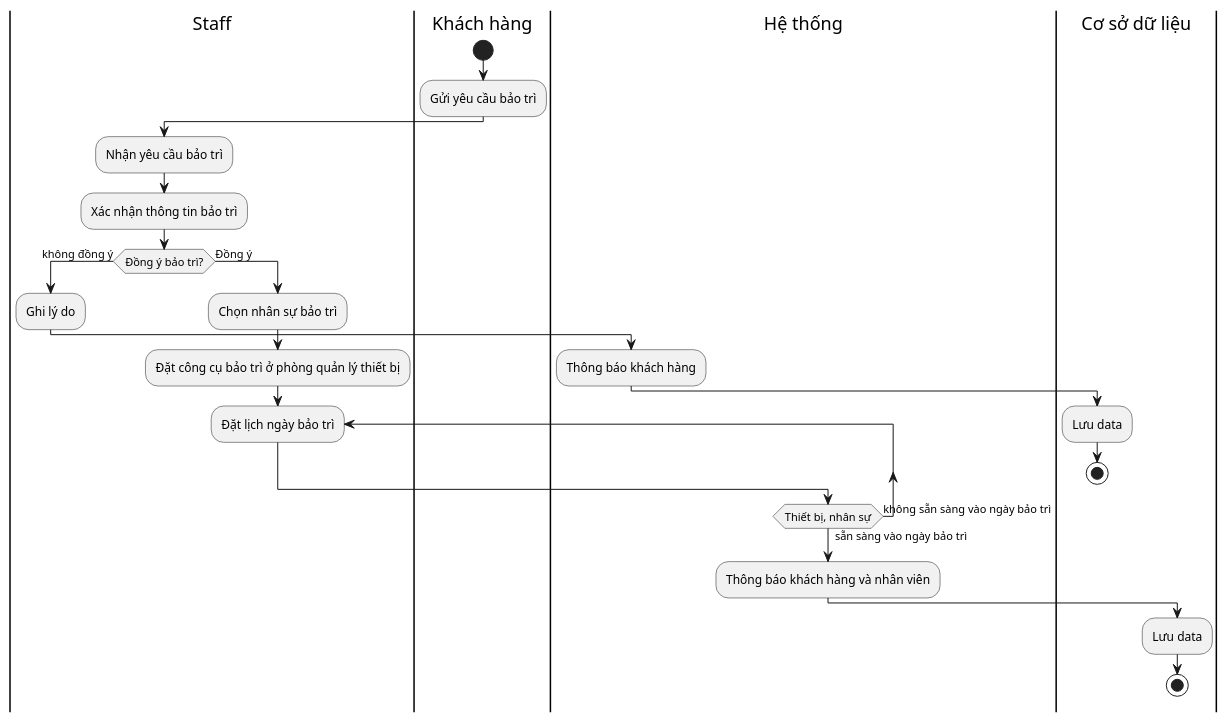
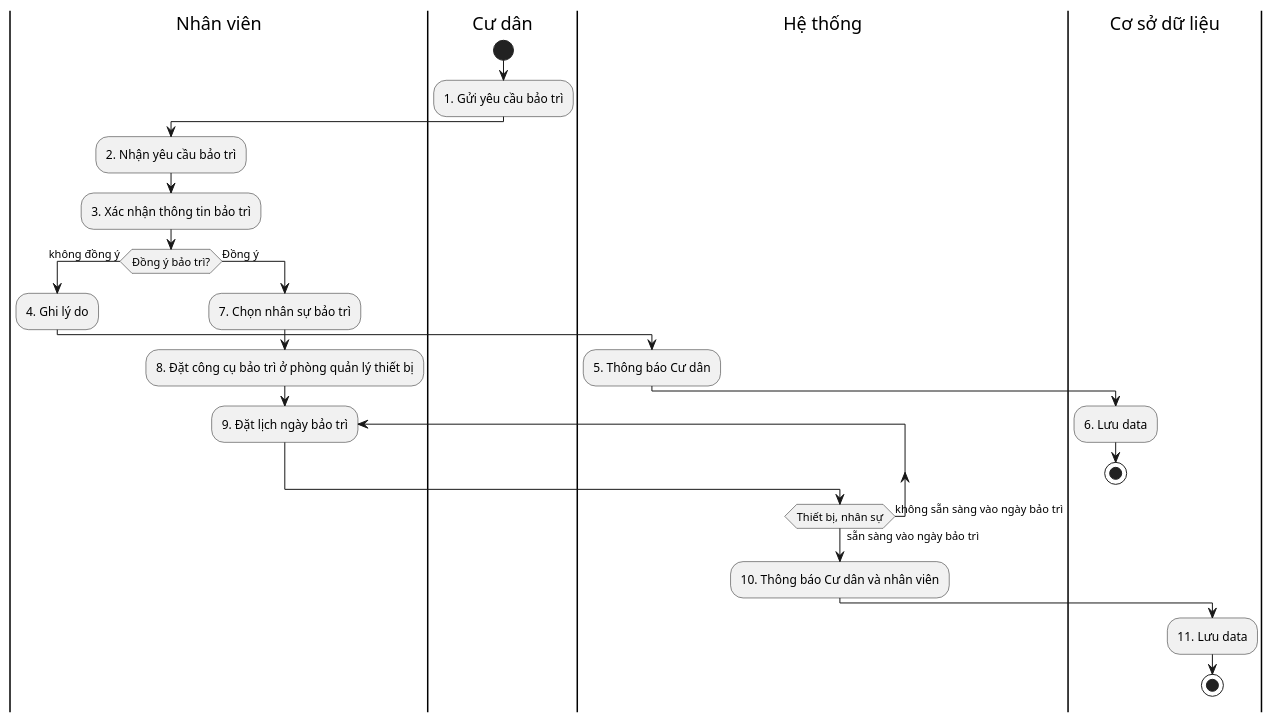
The diagram in Lab1/Lab1.2/Activity Diagram/Quản lý tài sản/Nhận thông tin và đặt lịch bảo trì.puml (QuickyBooster/SE357-Pratice-class), drawn with PlantUML before and after one commit. The commit also changed 19 other files, not shown here.

```diff
--- a/Lab1/Lab1.2/Activity Diagram/Quản lý tài sản/Nhận thông tin và đặt lịch bảo trì.puml
+++ b/Lab1/Lab1.2/Activity Diagram/Quản lý tài sản/Nhận thông tin và đặt lịch bảo trì.puml
@@ -1,28 +1,28 @@
 @startuml
-|Staff|
-|Khách hàng|
+|Nhân viên|
+|Cư dân|
 start
-:Gửi yêu cầu bảo trì;
-|Staff|
-:Nhận yêu cầu bảo trì;
-:Xác nhận thông tin bảo trì;
+:1. Gửi yêu cầu bảo trì;
+|Nhân viên|
+:2. Nhận yêu cầu bảo trì;
+:3. Xác nhận thông tin bảo trì;
 if (Đồng ý bảo trì?) then (không đồng ý)
-    :Ghi lý do;
+    :4. Ghi lý do;
     |Hệ thống|
-    :Thông báo khách hàng;
+    :5. Thông báo Cư dân;
     |Cơ sở dữ liệu|
-    :Lưu data;
+    :6. Lưu data;
     stop
 else (Đồng ý)
-    |Staff|
-    :Chọn nhân sự bảo trì;
-    :Đặt công cụ bảo trì ở phòng quản lý thiết bị;
-    repeat :Đặt lịch ngày bảo trì;
+    |Nhân viên|
+    :7. Chọn nhân sự bảo trì;
+    :8. Đặt công cụ bảo trì ở phòng quản lý thiết bị;
+    repeat :9. Đặt lịch ngày bảo trì;
     |Hệ thống|
     repeat while (Thiết bị, nhân sự) is (không sẵn sàng vào ngày bảo trì) not ( sẵn sàng vào ngày bảo trì)
-    :Thông báo khách hàng và nhân viên;
+    :10. Thông báo Cư dân và nhân viên;
     |Cơ sở dữ liệu|
-    :Lưu data;
+    :11. Lưu data;
     stop
 endif
 @enduml
```
